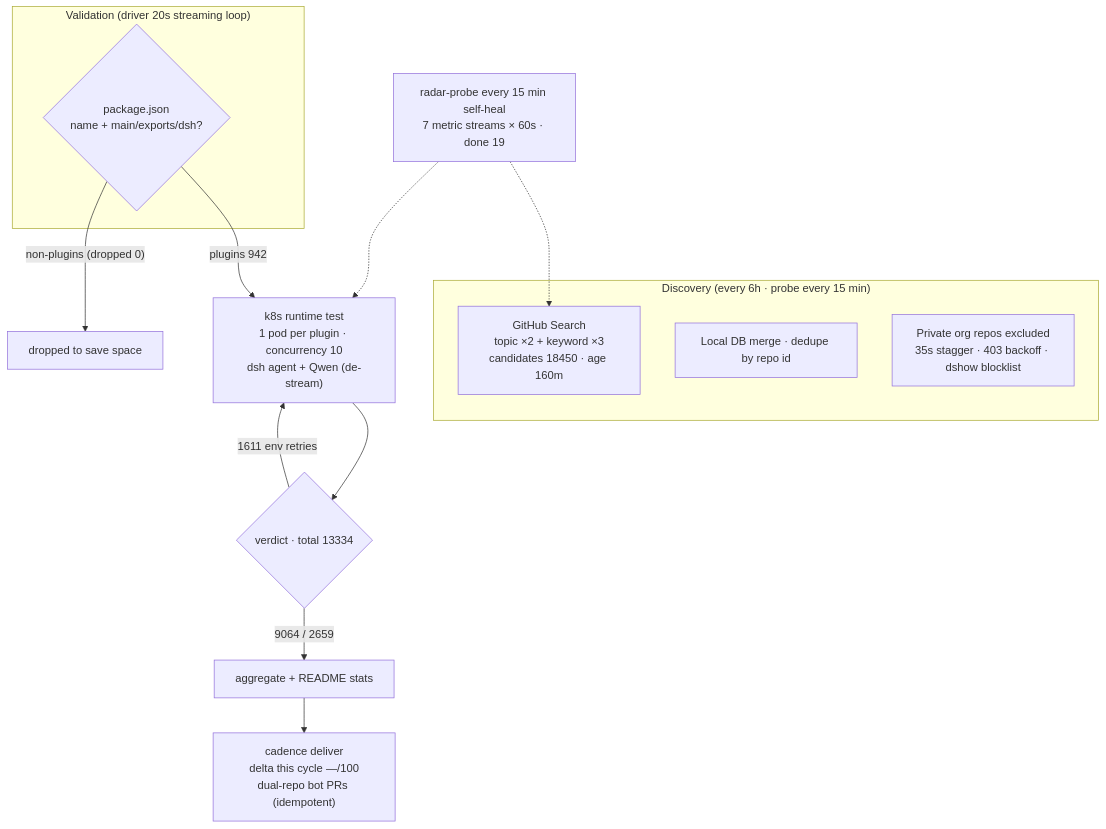
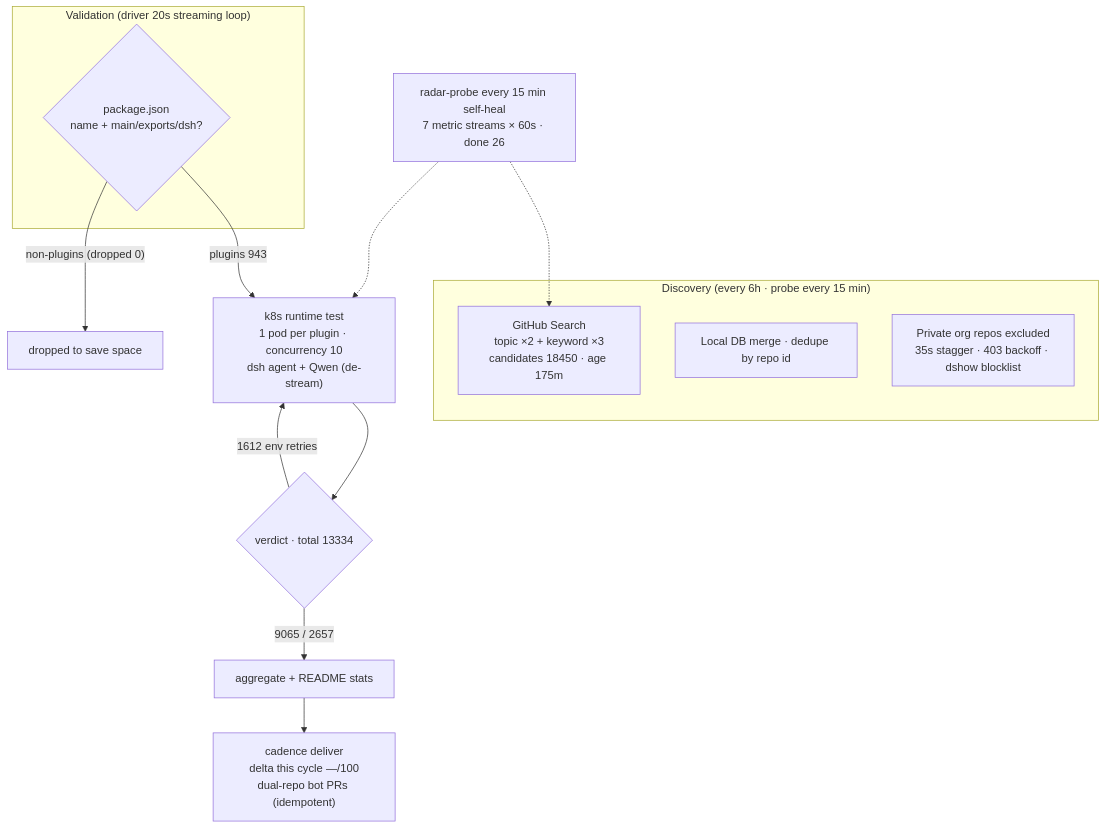
One commit to AdamPlatin123/awesome-dsh-plugins changed the diagram in README.en-US.md. Above: the diagram before and after it, drawn with Mermaid. The commit also changed other lines of this file and 8 other files, not shown here.

````diff
--- a/README.en-US.md
+++ b/README.en-US.md
@@ -45,20 +45,20 @@
 ```mermaid
 flowchart TB
     subgraph Discovery["Discovery (every 6h · probe every 15 min)"]
-        A1["GitHub Search<br/>topic ×2 + keyword ×3<br/>candidates 18450 · age 160m"]
+        A1["GitHub Search<br/>topic ×2 + keyword ×3<br/>candidates 18450 · age 175m"]
         A2["Local DB merge · dedupe by repo id"]
         A3["Private org repos excluded<br/>35s stagger · 403 backoff · dshow blocklist"]
     end
     subgraph Validation["Validation (driver 20s streaming loop)"]
         B1{"package.json<br/>name + main/exports/dsh?"}
     end
-    B1 -->|"plugins 942"| C1["k8s runtime test<br/>1 pod per plugin · concurrency 10<br/>dsh agent + Qwen (de-stream)"]
+    B1 -->|"plugins 943"| C1["k8s runtime test<br/>1 pod per plugin · concurrency 10<br/>dsh agent + Qwen (de-stream)"]
     B1 -->|"non-plugins (dropped 0)"| B3["dropped to save space"]
     C1 --> D1{"verdict · total 13334"}
-    D1 -->|"9064 / 2659"| E1["aggregate + README stats"]
-    D1 -->|"1611 env retries"| C1
+    D1 -->|"9065 / 2657"| E1["aggregate + README stats"]
+    D1 -->|"1612 env retries"| C1
     E1 --> E2["cadence deliver<br/>delta this cycle —/100<br/>dual-repo bot PRs (idempotent)"]
-    M["radar-probe every 15 min self-heal<br/>7 metric streams × 60s · done 19"]
+    M["radar-probe every 15 min self-heal<br/>7 metric streams × 60s · done 26"]
     M -.-> A1
     M -.-> C1
 ```
````
